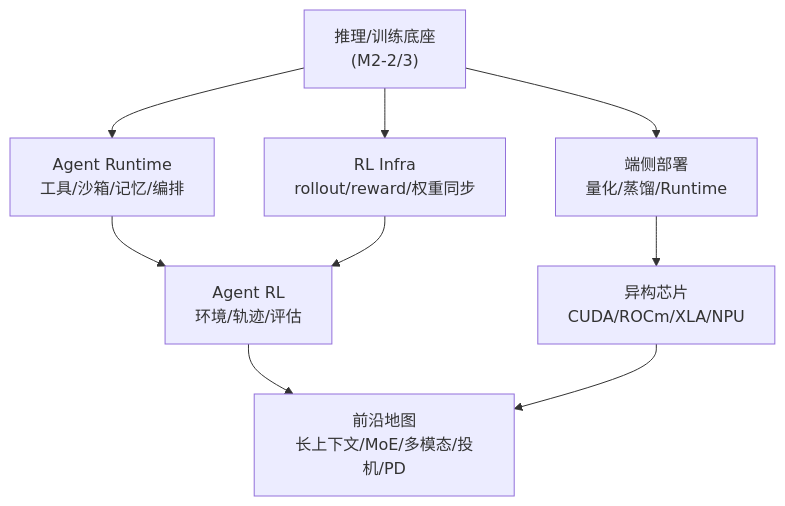
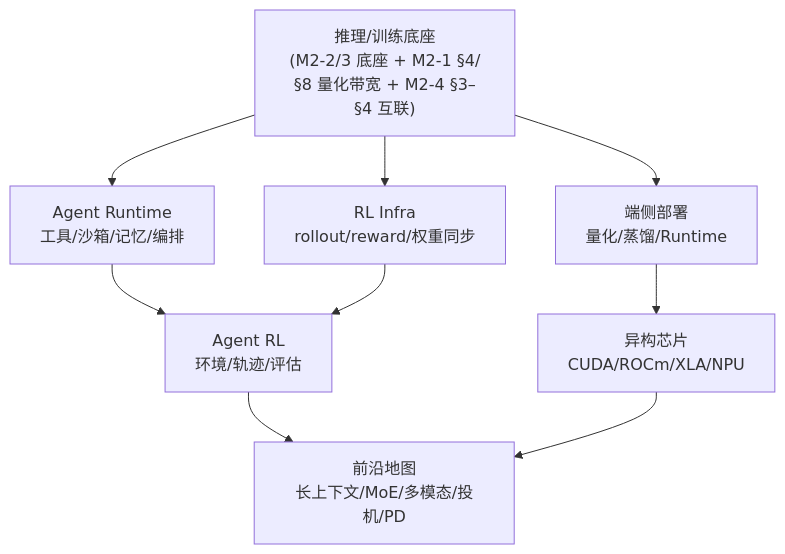
The diagram in docs/notes/26_frontier_edge.md (Xingkai98/ai-infra-notes-site), drawn with Mermaid before and after one commit. The commit also changed other lines of this file and 22 other files, not shown here.

````diff
--- a/docs/notes/26_frontier_edge.md
+++ b/docs/notes/26_frontier_edge.md
@@ -30,11 +32,11 @@
 ```mermaid
 graph TD
-  A["推理/训练底座<br/>(M2-2/3)"] --> B["Agent Runtime<br/>工具/沙箱/记忆/编排"]
+  A["推理/训练底座<br/>(M2-2/3 底座 + M2-1 §4/§8 量化带宽 + M2-4 §3–§4 互联)"] --> B["Agent Runtime<br/>工具/沙箱/记忆/编排"]
   A --> C["RL Infra<br/>rollout/reward/权重同步"]
   B --> D["Agent RL<br/>环境/轨迹/评估"]
   C --> D
   A --> E["端侧部署<br/>量化/蒸馏/Runtime"]
   E --> F["异构芯片<br/>CUDA/ROCm/XLA/NPU"]
   D --> G["前沿地图<br/>长上下文/MoE/多模态/投机/PD"]
   F --> G
 ```
````
